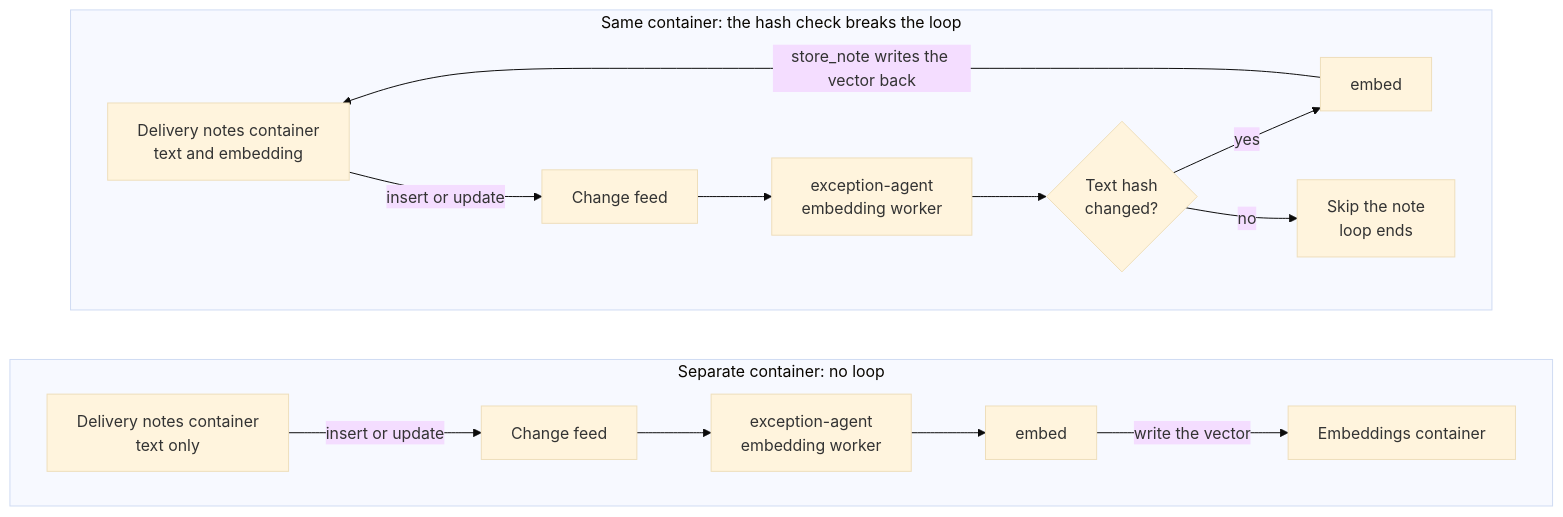
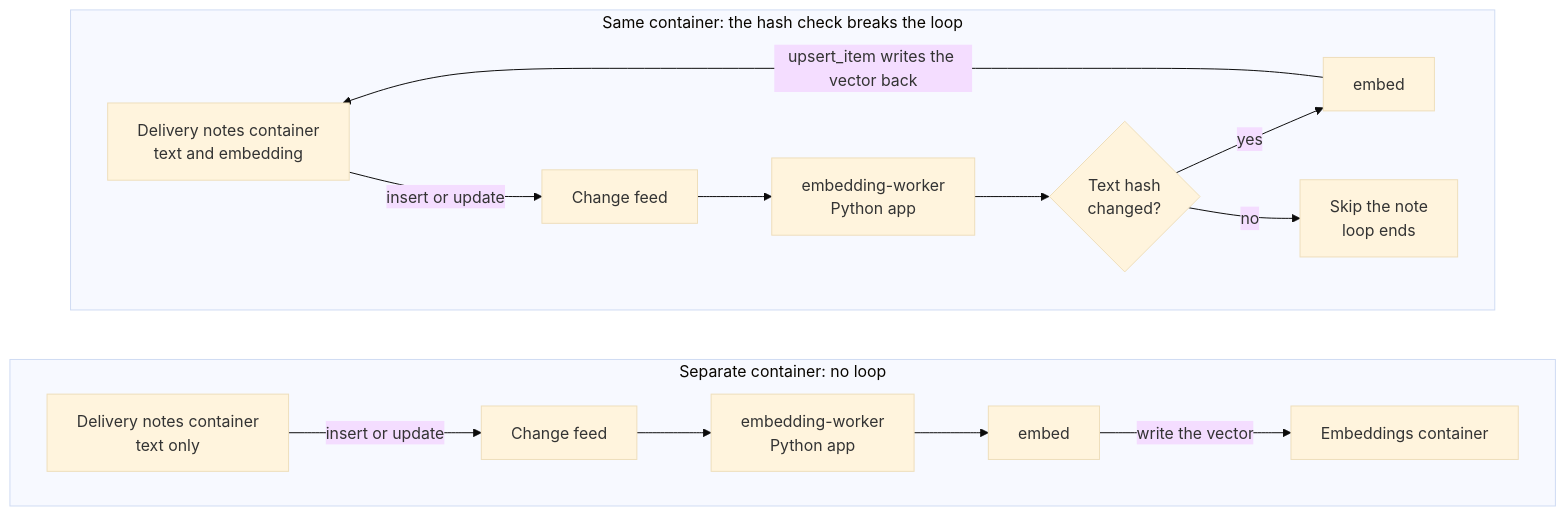
Before and after one commit to alexander-kastil/az-cloud-native: the diagram in demos/09-ai-agents/05-vector-search/readme.md, drawn with Mermaid (base theme). The commit also changed other lines of this file and 327 other files, not shown here.

````diff
--- a/demos/09-ai-agents/05-vector-search/readme.md
+++ b/demos/09-ai-agents/05-vector-search/readme.md
@@ -19,19 +19,19 @@
 ```mermaid
 flowchart LR
     subgraph Separate["Separate container: no loop"]
         direction LR
         N2["Delivery notes container<br/>text only"] -->|"insert or update"| F2["Change feed"]
-        F2 --> W2["exception-agent<br/>embedding worker"]
+        F2 --> W2["embedding-worker<br/>Python app"]
         W2 --> E2["embed"]
         E2 -->|"write the vector"| V2["Embeddings container"]
     end
     subgraph Same["Same container: the hash check breaks the loop"]
         direction LR
         N1["Delivery notes container<br/>text and embedding"] -->|"insert or update"| F1["Change feed"]
-        F1 --> W1["exception-agent<br/>embedding worker"]
+        F1 --> W1["embedding-worker<br/>Python app"]
         W1 --> H{"Text hash<br/>changed?"}
         H -->|"yes"| E1["embed"]
-        E1 -->|"store_note writes the vector back"| N1
+        E1 -->|"upsert_item writes the vector back"| N1
         H -->|"no"| S1["Skip the note<br/>loop ends"]
     end
 ```
````
